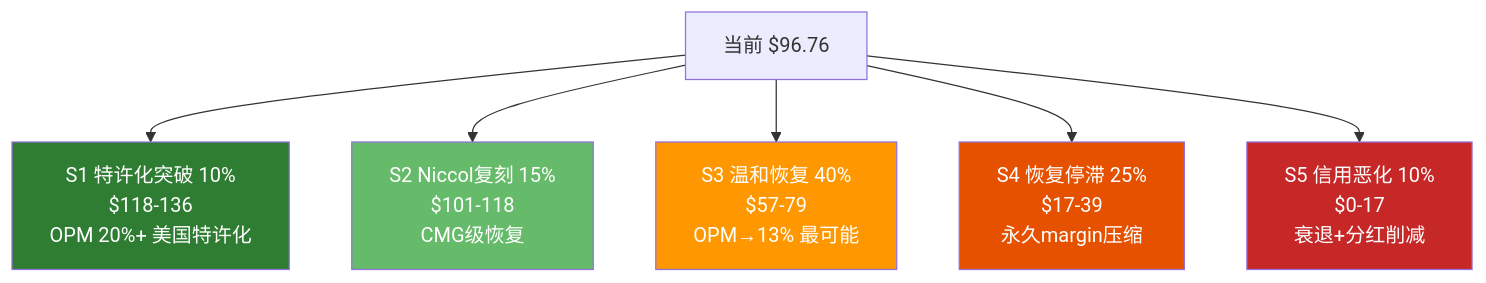
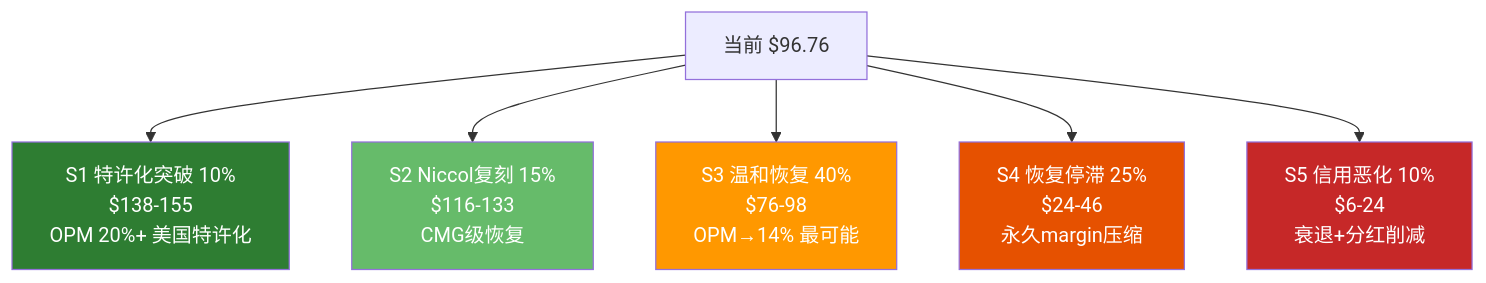
Before and after one commit to miltonnewyork25-afk/investment-master: the first of 2 diagrams in reports/SBUX/staging/P3_Ch17_scenario_synthesis.md, drawn with Mermaid. The commit also changed other lines of this file and 7 other files, not shown here.

````diff
--- a/reports/SBUX/staging/P3_Ch17_scenario_synthesis.md
+++ b/reports/SBUX/staging/P3_Ch17_scenario_synthesis.md
@@ -21,15 +21,15 @@
 ```mermaid
 graph TD
     NOW["当前 $96.76"]
-    NOW --> S1["S1 特许化突破 10%<br>$118-136<br>OPM 20%+ 美国特许化"]
-    NOW --> S2["S2 Niccol复刻 15%<br>$101-118<br>CMG级恢复"]
-    NOW --> S3["S3 温和恢复 40%<br>$57-79<br>OPM→13% 最可能"]
-    NOW --> S4["S4 恢复停滞 25%<br>$17-39<br>永久margin压缩"]
-    NOW --> S5["S5 信用恶化 10%<br>$0-17<br>衰退+分红削减"]
+    NOW --> S1["S1 特许化突破 10%<br>$138-155<br>OPM 20%+ 美国特许化"]
+    NOW --> S2["S2 Niccol复刻 15%<br>$116-133<br>CMG级恢复"]
+    NOW --> S3["S3 温和恢复 40%<br>$76-98<br>OPM→14% 最可能"]
+    NOW --> S4["S4 恢复停滞 25%<br>$24-46<br>永久margin压缩"]
+    NOW --> S5["S5 信用恶化 10%<br>$6-24<br>衰退+分红削减"]
 
     style S1 fill:#2e7d32,color:#fff
     style S2 fill:#66bb6a,color:#fff
     style S3 fill:#ff9800,color:#fff
     style S4 fill:#e65100,color:#fff
     style S5 fill:#c62828,color:#fff
 ```
````
